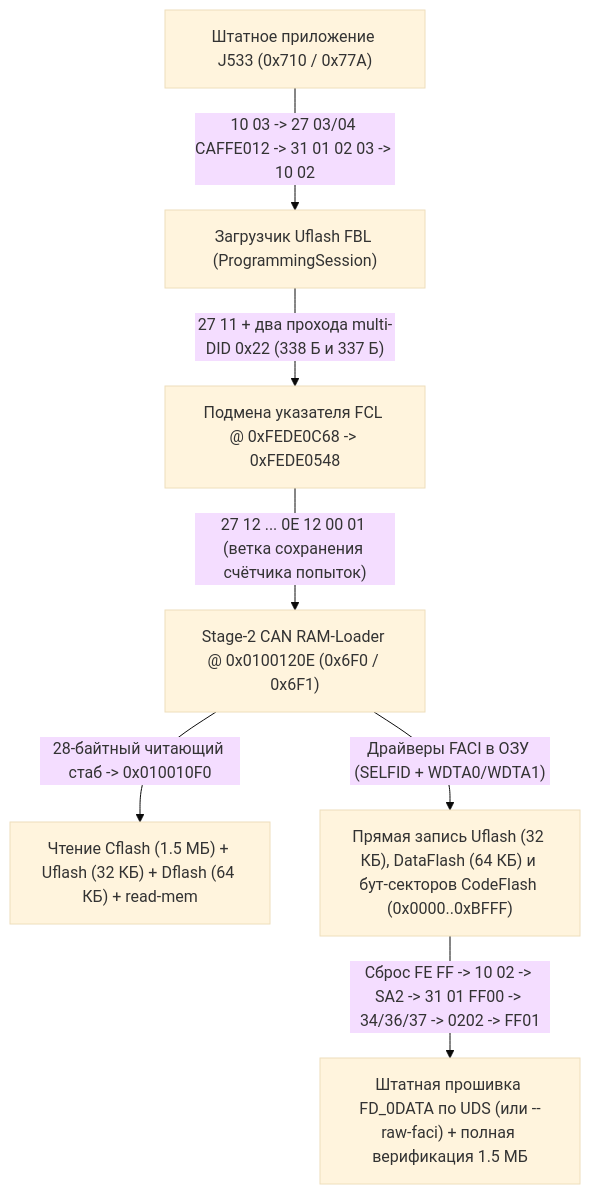
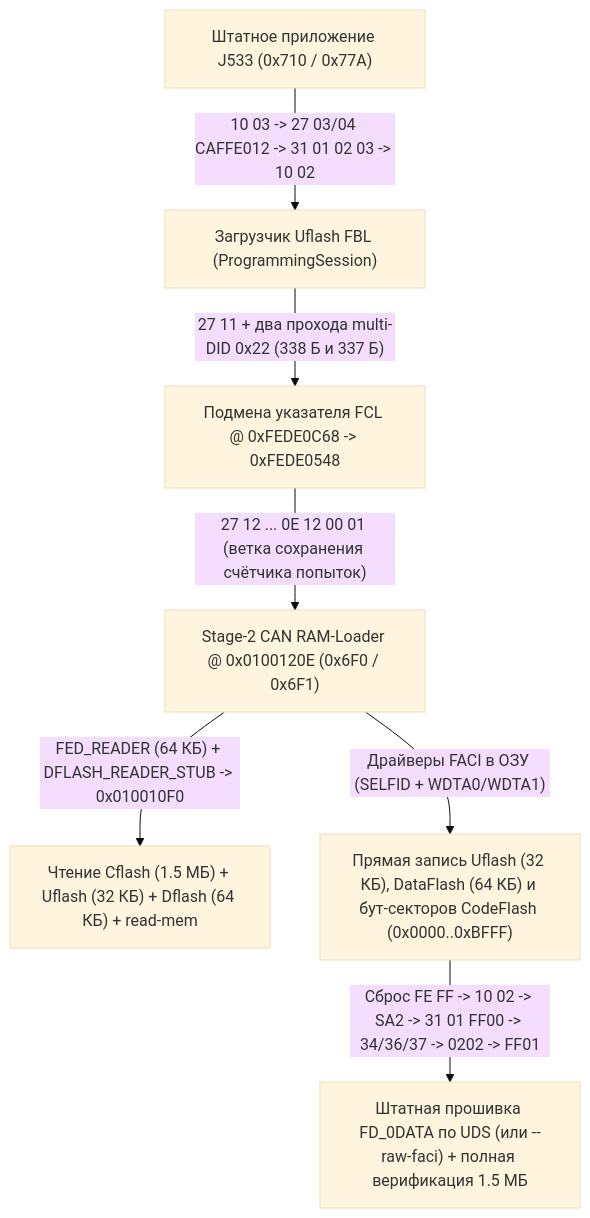
One commit to perkthefox/mqb_contitool changed the diagram in docs/can-read-write.md. Above: the diagram before and after it, drawn with Mermaid (base theme). The commit also changed other lines of this file and 47 other files, not shown here.

````diff
--- a/docs/can-read-write.md
+++ b/docs/can-read-write.md
@@ -47,9 +61,9 @@
 ```mermaid
 flowchart TD
     APP["Штатное приложение J533 (0x710 / 0x77A)"] -->|"10 03 -> 27 03/04 CAFFE012 -> 31 01 02 03 -> 10 02"| FBL["Загрузчик Uflash FBL (ProgrammingSession)"]
     FBL -->|"27 11 + два прохода multi-DID 0x22 (338 Б и 337 Б)"| DESC["Подмена указателя FCL @ 0xFEDE0C68 -> 0xFEDE0548"]
     DESC -->|"27 12 ... 0E 12 00 01 (ветка сохранения счётчика попыток)"| LOADER["Stage-2 CAN RAM-Loader @ 0x0100120E (0x6F0 / 0x6F1)"]
-    LOADER -->|"28-байтный читающий стаб -> 0x010010F0"| DUMP["Чтение Cflash (1.5 МБ) + Uflash (32 КБ) + Dflash (64 КБ) + read-mem"]
+    LOADER -->|"FED_READER (64 КБ) + DFLASH_READER_STUB -> 0x010010F0"| DUMP["Чтение Cflash (1.5 МБ) + Uflash (32 КБ) + Dflash (64 КБ) + read-mem"]
     LOADER -->|"Драйверы FACI в ОЗУ (SELFID + WDTA0/WDTA1)"| FACI["Прямая запись Uflash (32 КБ), DataFlash (64 КБ) и бут-секторов CodeFlash (0x0000..0xBFFF)"]
     FACI -->|"Сброс FE FF -> 10 02 -> SA2 -> 31 01 FF00 -> 34/36/37 -> 0202 -> FF01"| UDS["Штатная прошивка FD_0DATA по UDS (или --raw-faci) + полная верификация 1.5 МБ"]
 ```
````
